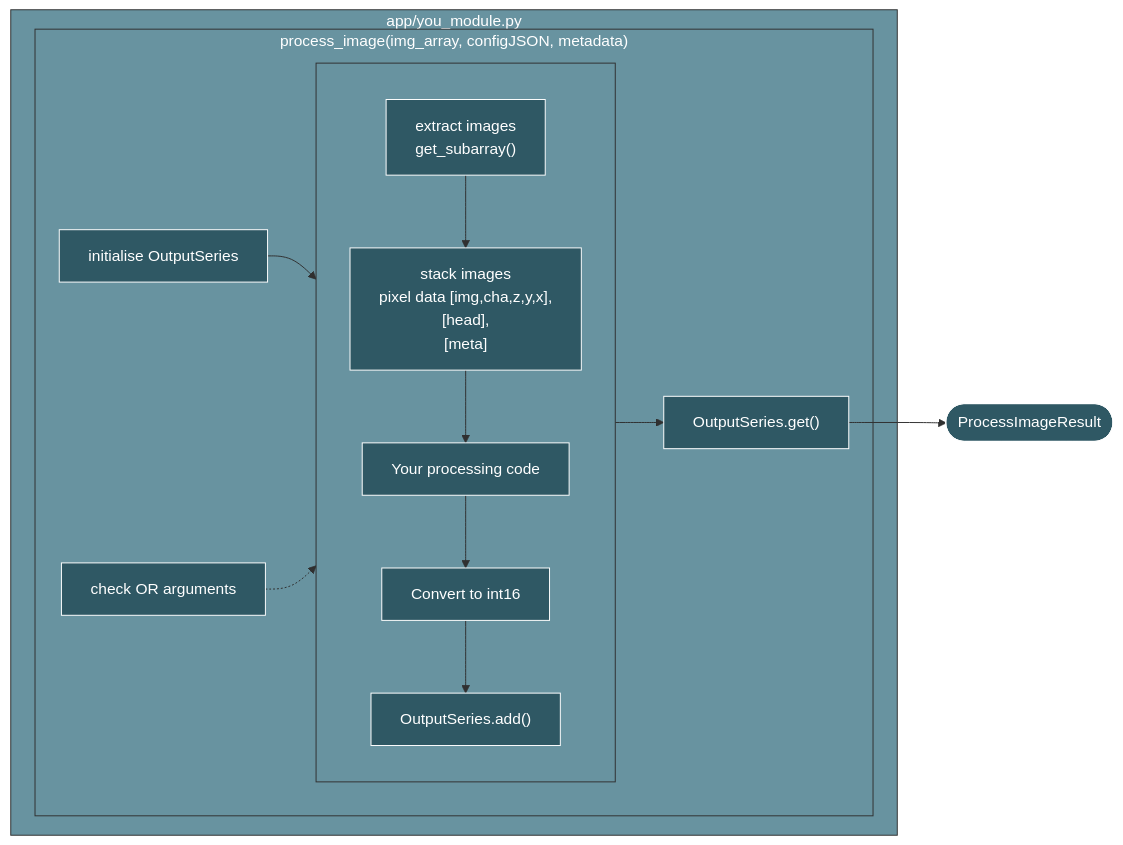
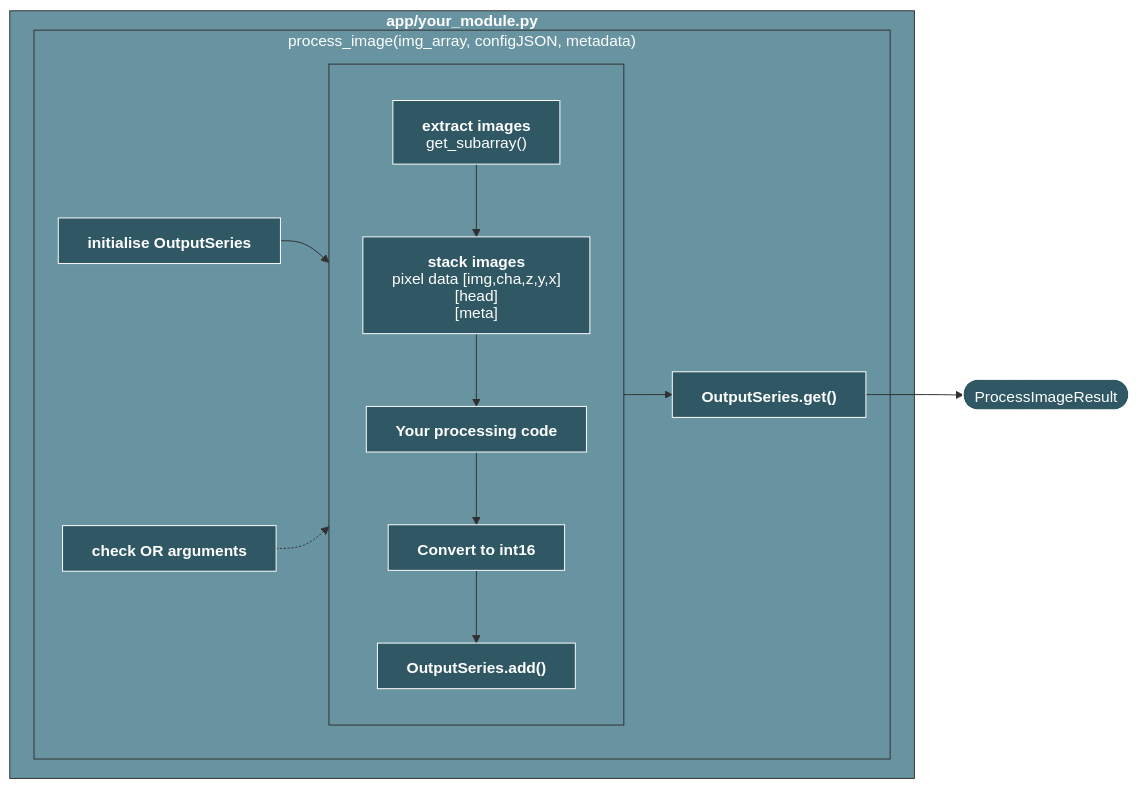
One commit to benoitberanger/python-openrecon-server changed the second of 2 diagrams in README.md. Above: the diagram before and after it, drawn with Mermaid. The commit also changed 2 other files, not shown here.

Commit message:
Begining of a complete mrd2nifti converter

````diff
--- a/README.md
+++ b/README.md
@@ -69,39 +69,44 @@
 ```mermaid
 ---
 config:
+  htmlLabels: false
   theme: 'base'
   themeVariables:
     primaryColor: '#2f5864'
     primaryTextColor: '#fff'
     tertiaryTextColor: '#fff'
     primaryBorderColor: '#fff'
     tertiaryBorderColor: '#303030'
     lineColor: '#303030'
     tertiaryColor: '#6893a0'
 ---
 flowchart LR
 
-    subgraph app["app/you_module.py"]
+    subgraph app["`**app/your_module.py**`"]
         subgraph process_image["process_image(img_array, configJSON, metadata)"]
 
-            init_series["initialise OutputSeries"] --> process
-            or_arg["check OR arguments"] -.-> process
+            init_series["`**initialise OutputSeries**`"] --> process
+            or_arg["`**check OR arguments**`"] -.-> process
 
             subgraph process[" "]
-                subarray["extract images\nget_subarray()"]
-                stack["stack images\npixel data [img,cha,z,y,x],\n[head],\n[meta]"]
-                your_code["Your processing code"]
-                recast["Convert to int16"]
-                add["OutputSeries.add()"]
+                subarray["`**extract images**
+                            get_subarray()`"]
+                stack["`**stack images**
+                        pixel data [img,cha,z,y,x]
+                        [head]
+                        [meta]`"]
+                your_code["`**Your processing code**`"]
+                recast["`**Convert to int16**`"]
+                add["`**OutputSeries.add()**`"]
 
                 subarray --> stack --> your_code --> recast --> add
 
             end
-        process --> get["OutputSeries.get()"]
+        process --> get["`**OutputSeries.get()**`"]
         
         end
 
     end
 
     get --> output([ProcessImageResult])
 ```
````
